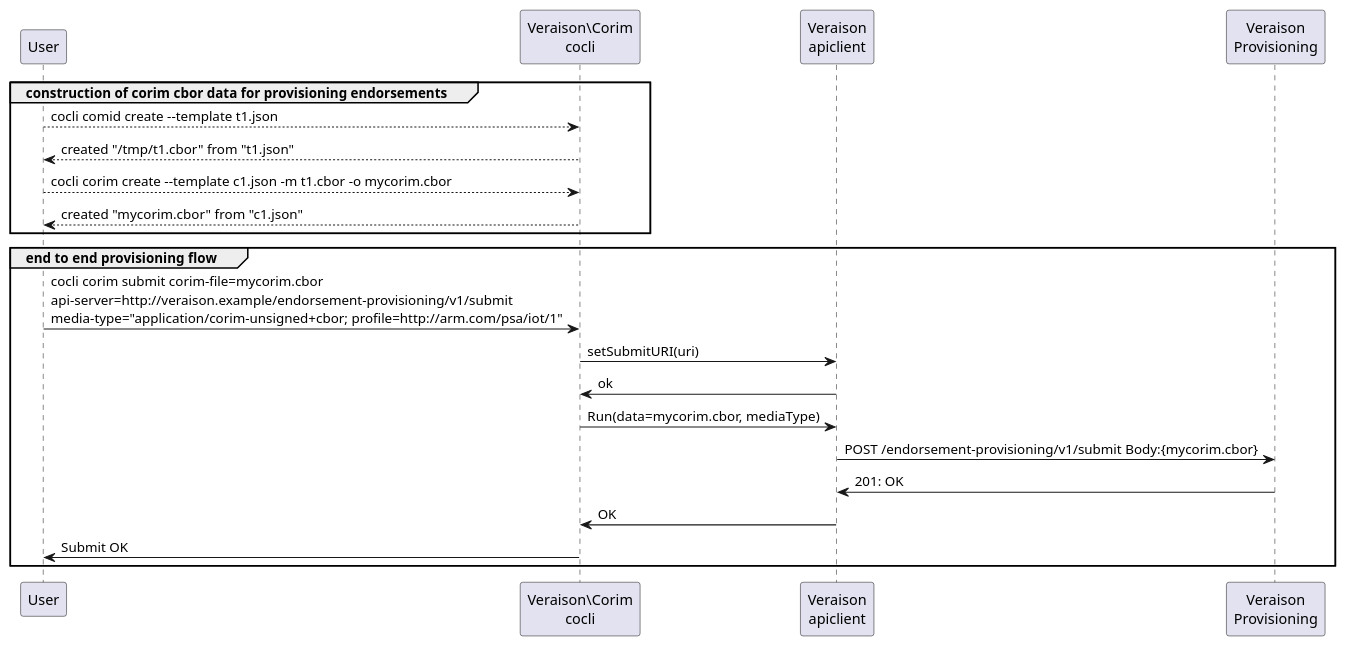
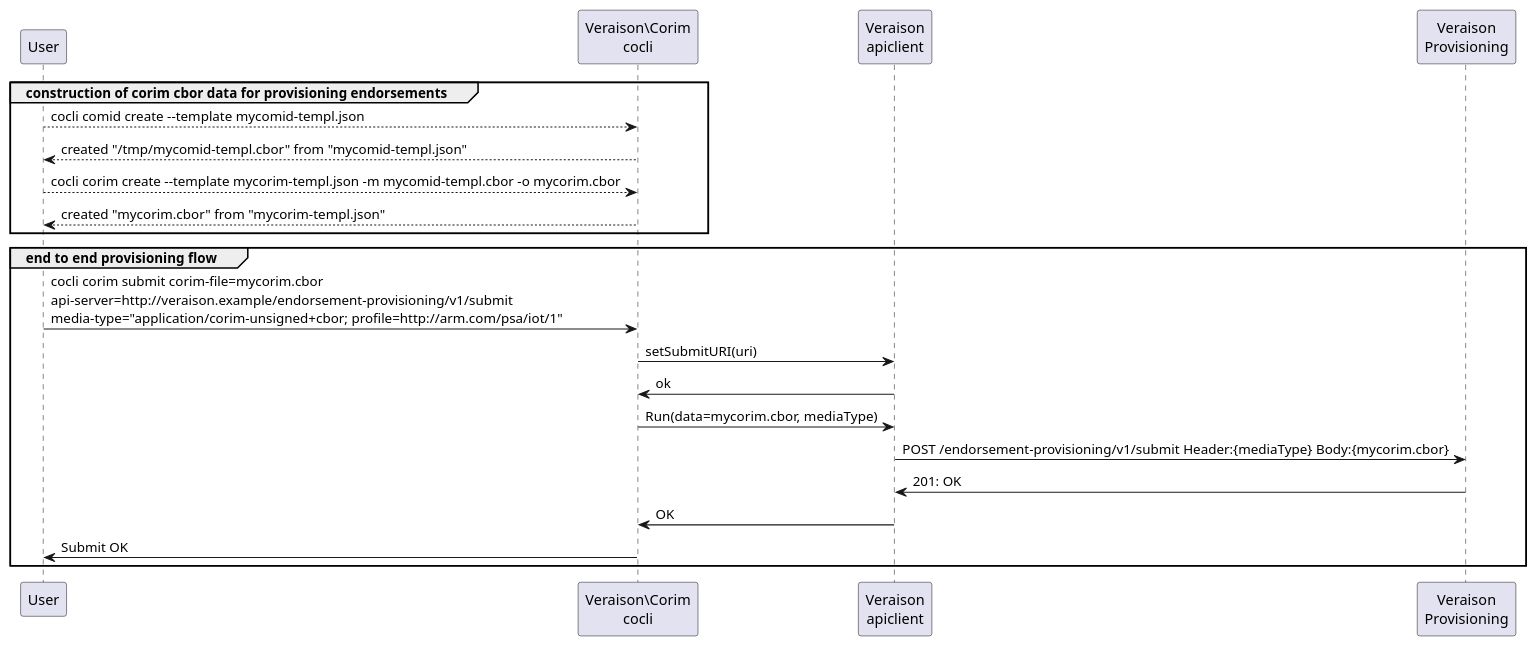
One commit to veraison/docs changed the diagram in diagrams/provisioning-end-to-end.puml. Above: the diagram before and after it, drawn with PlantUML. The commit also changed 2 other files, not shown here.

```diff
--- a/diagrams/provisioning-end-to-end.puml
+++ b/diagrams/provisioning-end-to-end.puml
@@ -1,27 +1,27 @@
 @startuml
 
 participant "User" as User order 5
 participant "Veraison\Corim\ncocli" as CoRIM order 10
 participant "Veraison\napiclient" as API order 20
 participant "Veraison\nProvisioning" as PROV order 30
 
 group construction of corim cbor data for provisioning endorsements
 
-	User --> CoRIM: cocli comid create --template t1.json
-	CoRIM --> User: created "/tmp/t1.cbor" from "t1.json"
-	User --> CoRIM: cocli corim create --template c1.json -m t1.cbor -o mycorim.cbor
-	CoRIM --> User: created "mycorim.cbor" from "c1.json"
+	User --> CoRIM: cocli comid create --template mycomid-templ.json
+	CoRIM --> User: created "/tmp/mycomid-templ.cbor" from "mycomid-templ.json"
+	User --> CoRIM: cocli corim create --template mycorim-templ.json -m mycomid-templ.cbor -o mycorim.cbor
+	CoRIM --> User: created "mycorim.cbor" from "mycorim-templ.json"
 end
 
 group end to end provisioning flow
 	User -> CoRIM: cocli corim submit corim-file=mycorim.cbor\napi-server=http://veraison.example/endorsement-provisioning/v1/submit\nmedia-type="application/corim-unsigned+cbor; profile=http://arm.com/psa/iot/1"
 	CoRIM -> API: setSubmitURI(uri)
     	API -> CoRIM: ok
     	CoRIM -> API: Run(data=mycorim.cbor, mediaType)
-    	API -> PROV: POST /endorsement-provisioning/v1/submit Body:{mycorim.cbor}
+    	API -> PROV: POST /endorsement-provisioning/v1/submit Header:{mediaType} Body:{mycorim.cbor}
 	PROV -> API: 201: OK
 	API -> CoRIM : OK
 	CoRIM -> User : Submit OK
 end
 
 @enduml
```
